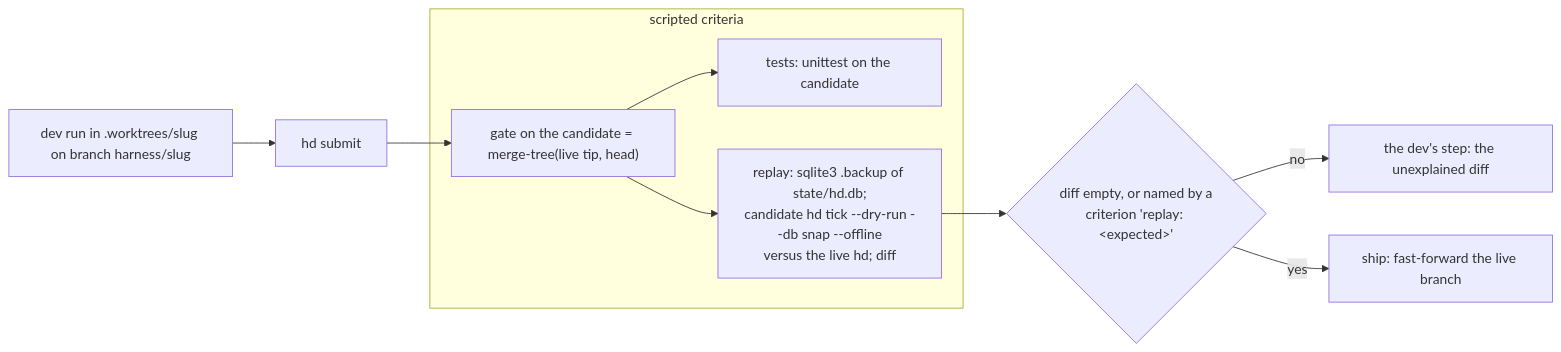
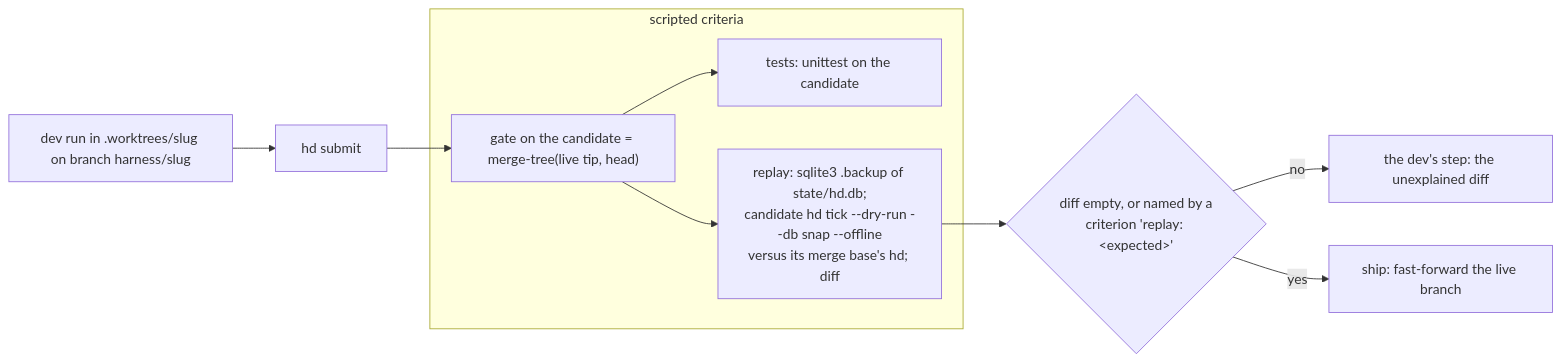
One commit to AlexPerrin/RuneHarness changed the fifth of 7 diagrams in docs/ARCHITECTURE.md. Above: the diagram before and after it, drawn with Mermaid. The commit also changed other lines of this file and 2 other files, not shown here.

Commit message:
replay: the candidate against its merge base, not the moving live tip

````diff
--- a/docs/ARCHITECTURE.md
+++ b/docs/ARCHITECTURE.md
@@ -492,12 +492,12 @@
 ```mermaid
 flowchart LR
   D["dev run in .worktrees/slug on branch harness/slug"] --> H["hd submit"]
   H --> G["gate on the candidate = merge-tree(live tip, head)"]
   subgraph GR["scripted criteria"]
     G --> T1["tests: unittest on the candidate"]
-    G --> T2["replay: sqlite3 .backup of state/hd.db;<br/>candidate hd tick --dry-run --db snap --offline<br/>versus the live hd; diff"]
+    G --> T2["replay: sqlite3 .backup of state/hd.db;<br/>candidate hd tick --dry-run --db snap --offline<br/>versus its merge base's hd; diff"]
   end
   T2 --> J{"diff empty, or named by a<br/>criterion 'replay: &lt;expected&gt;'"}
   J -- no --> DEV["the dev's step: the unexplained diff"]
   J -- yes --> S["ship: fast-forward the live branch"]
 ```
````
